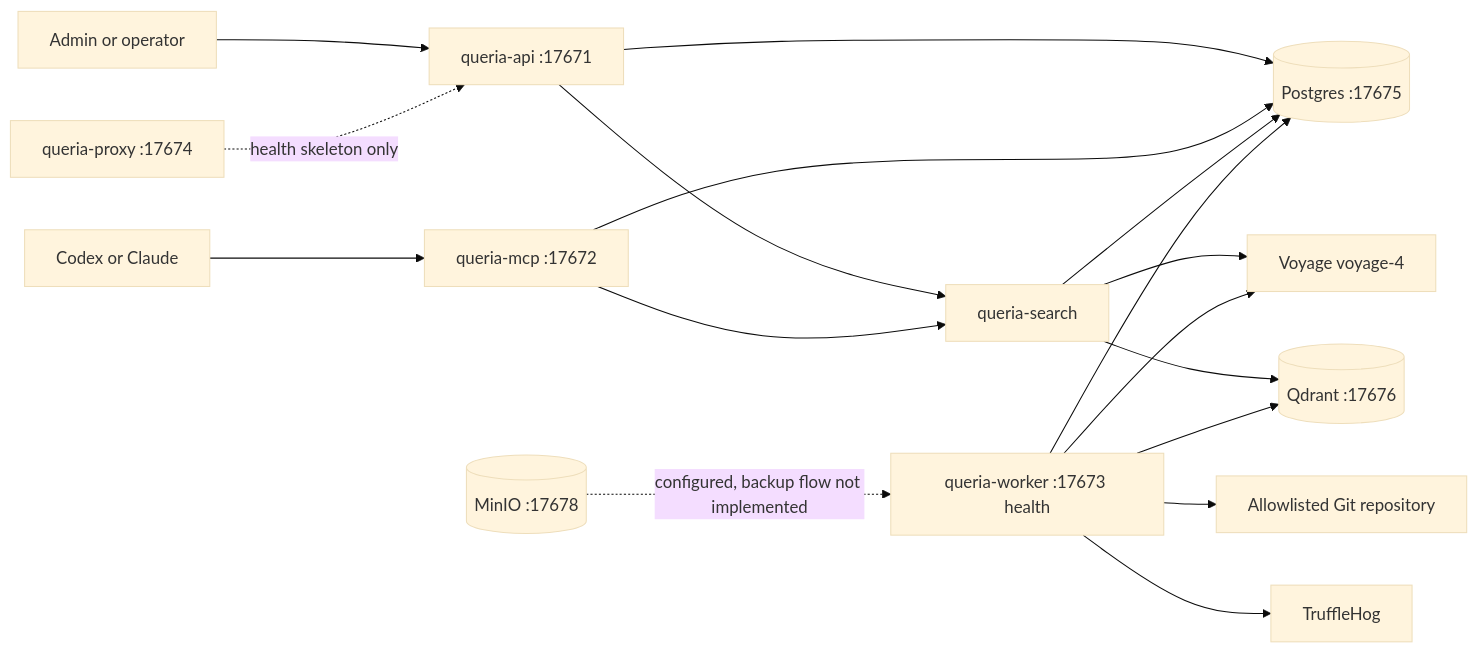
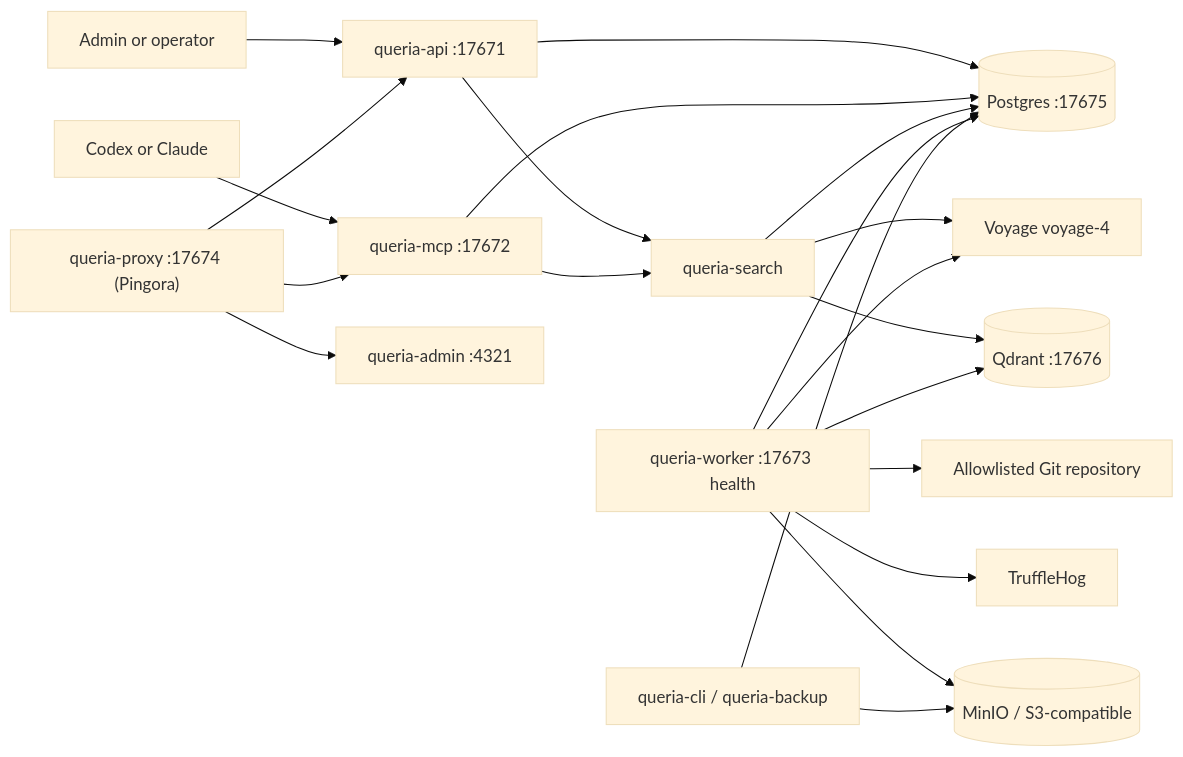
One commit to nandocoeg2/queria-backend changed the diagram in docs/HANDOFF.md. Above: the diagram before and after it, drawn with Mermaid (base theme). The commit also changed other lines of this file and 2 other files, not shown here.

````diff
--- a/docs/HANDOFF.md
+++ b/docs/HANDOFF.md
@@ -37,19 +39,23 @@
 ```mermaid
 flowchart LR
     Human["Admin or operator"] --> API["queria-api :17671"]
     Agent["Codex or Claude"] --> MCP["queria-mcp :17672"]
     API --> PG[(Postgres :17675)]
     MCP --> PG
     API --> Search["queria-search"]
     MCP --> Search
     Search --> PG
     Search --> Voyage["Voyage voyage-4"]
     Search --> Qdrant[(Qdrant :17676)]
     Worker["queria-worker :17673 health"] --> PG
     Worker --> Voyage
     Worker --> Qdrant
     Worker --> Repo["Allowlisted Git repository"]
     Worker --> TruffleHog["TruffleHog"]
-    Proxy["queria-proxy :17674"] -. "health skeleton only" .-> API
-    MinIO[(MinIO :17678)] -. "configured, backup flow not implemented" .-> Worker
+    Proxy["queria-proxy :17674 (Pingora)"] --> API
+    Proxy --> MCP
+    Proxy --> Admin["queria-admin :4321"]
+    Worker --> MinIO[(MinIO / S3-compatible)]
+    CLI["queria-cli / queria-backup"] --> MinIO
+    CLI --> PG
 ```
````
